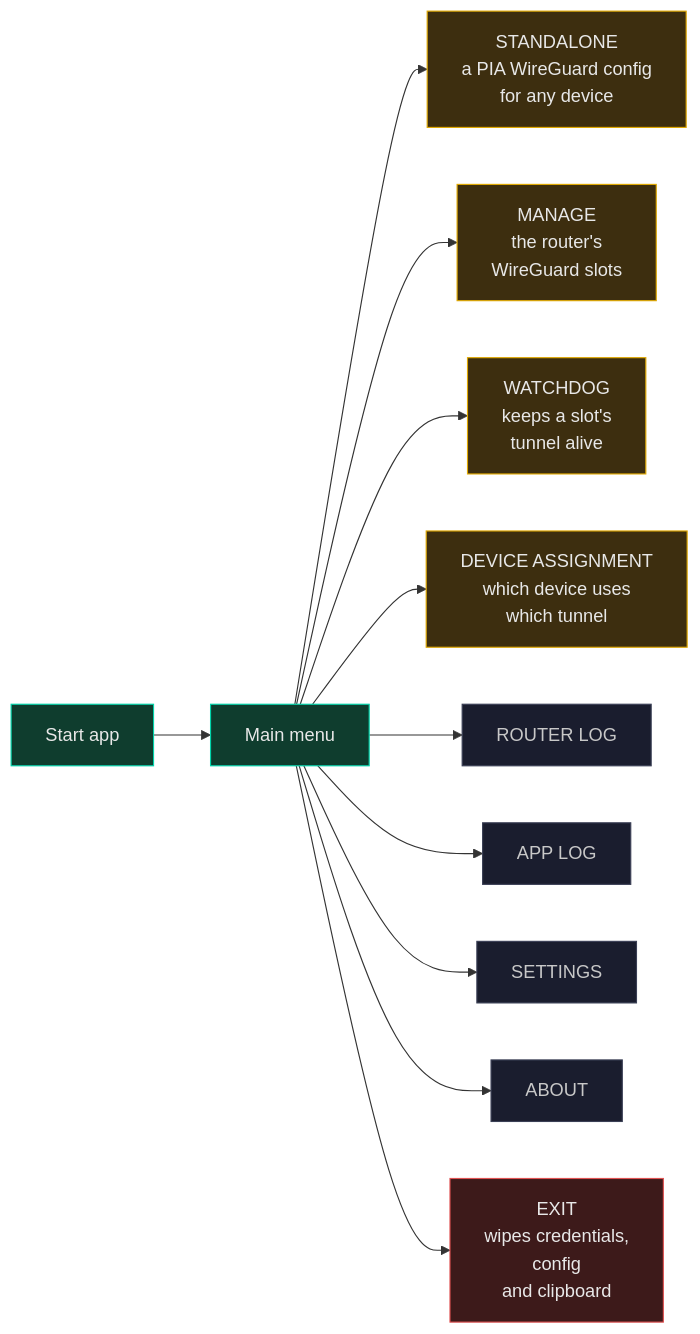
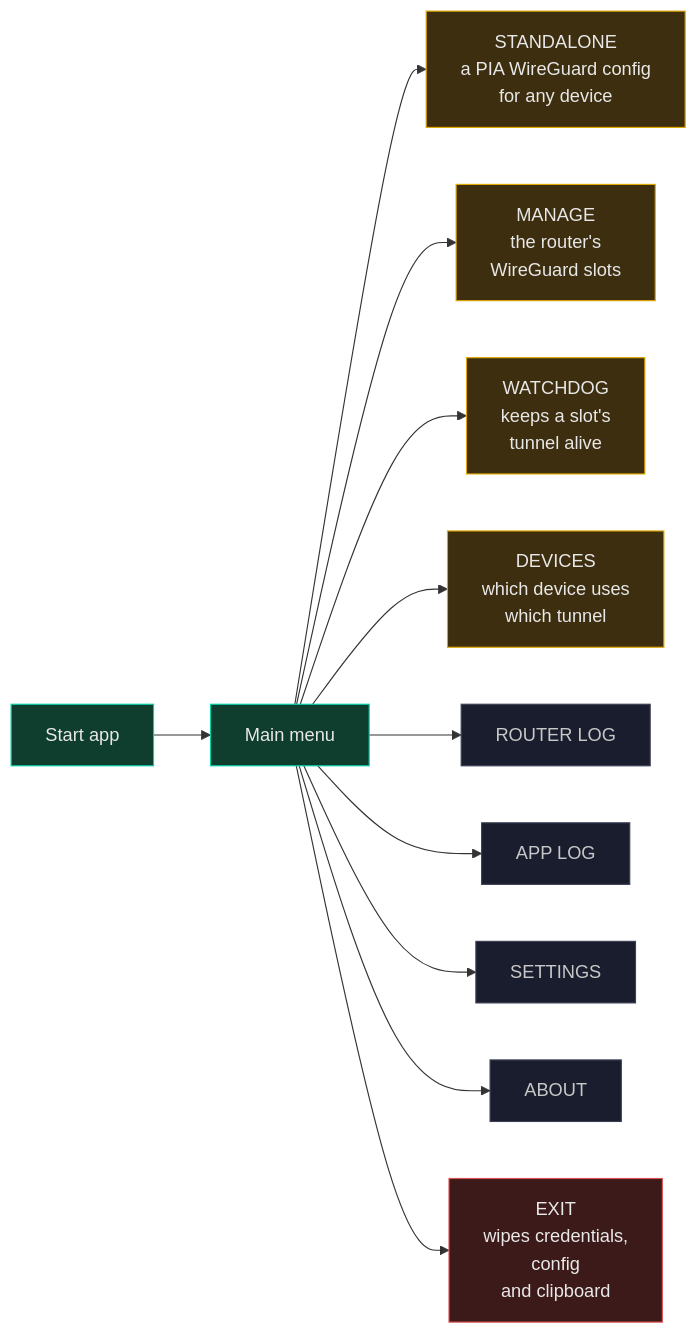
The first of 8 diagrams in ARCHITECTURE.md (ExponentiallyDigital/cfg-pia-wg), drawn with Mermaid before and after one commit. The commit also changed other lines of this file and 64 other files, not shown here.

````diff
--- a/ARCHITECTURE.md
+++ b/ARCHITECTURE.md
@@ -154,22 +142,22 @@
 ```mermaid
 flowchart LR
     A["Start app"] --> B["Main menu"]
     B --> C["STANDALONE<br/>a PIA WireGuard config<br/>for any device"]
     B --> D["MANAGE<br/>the router's<br/>WireGuard slots"]
     B --> E["WATCHDOG<br/>keeps a slot's<br/>tunnel alive"]
-    B --> DA["DEVICE ASSIGNMENT<br/>which device uses<br/>which tunnel"]
+    B --> DA["DEVICES<br/>which device uses<br/>which tunnel"]
     B --> RL["ROUTER LOG"]
     B --> AL["APP LOG"]
     B --> ST["SETTINGS"]
     B --> AB["ABOUT"]
     B --> X["EXIT<br/>wipes credentials,<br/>config<br/>and clipboard"]
 
     classDef go fill:#0F3D2E,stroke:#00D4AA,color:#E8E8E8
     classDef bad fill:#3D1A1A,stroke:#E05252,color:#E8E8E8
     classDef work fill:#3D2E0F,stroke:#E0A800,color:#E8E8E8
     classDef step fill:#1A1D2E,stroke:#3A3F55,color:#C8C8C8
     class A,B go
     class C,D,E,DA work
     class RL,AL,ST,AB step
     class X bad
 ```
````
